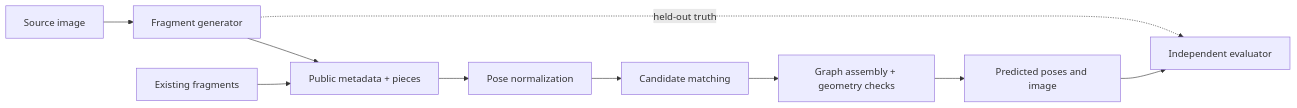
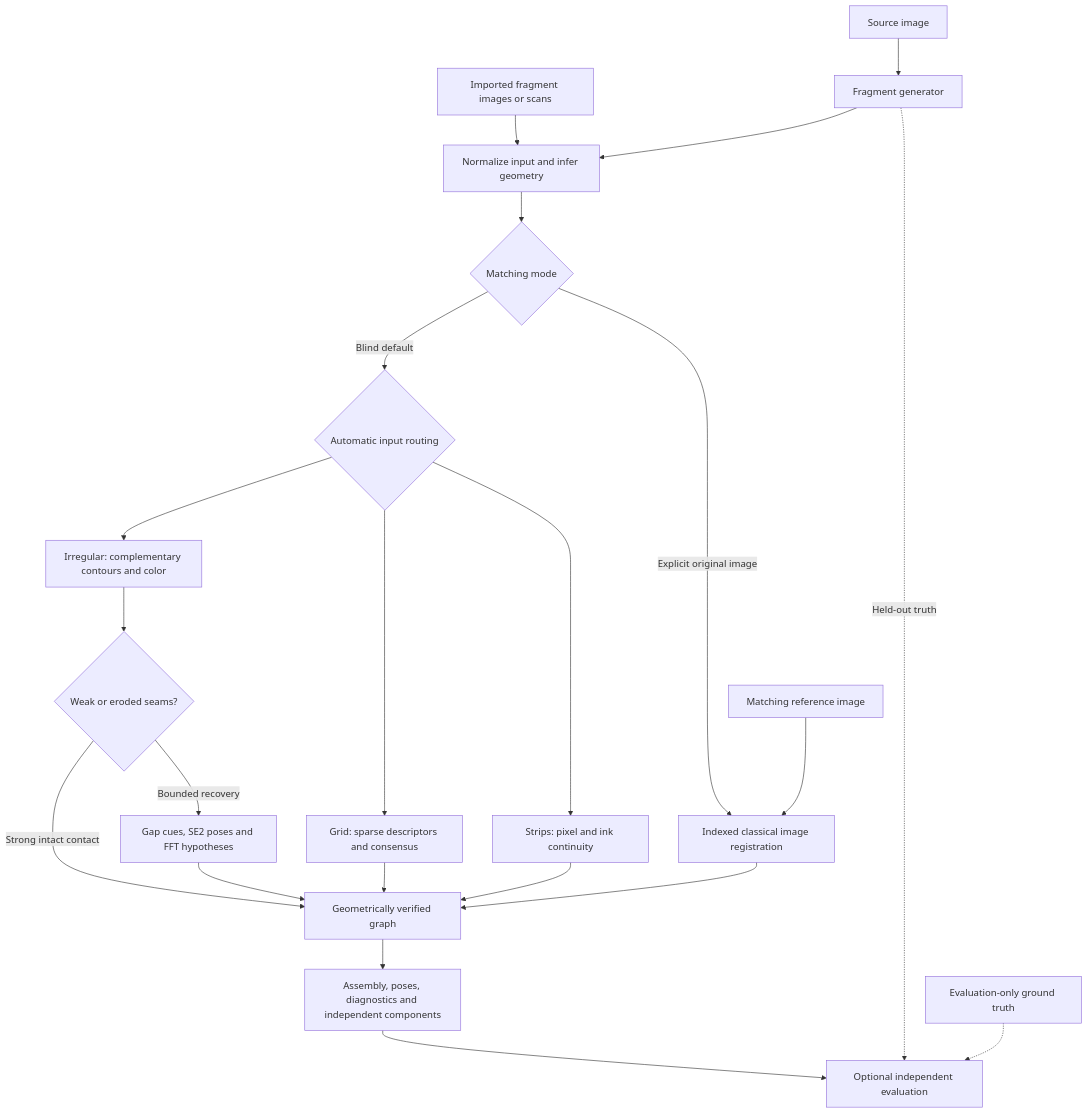
Before and after one commit to Daydreamer2812/Shardelix: the diagram in README.md, drawn with Mermaid. The commit also changed other lines of this file and 15 other files, not shown here.

````diff
--- a/README.md
+++ b/README.md
@@ -146,12 +75,24 @@
 ```mermaid
-flowchart LR
+flowchart TD
     A[Source image] --> B[Fragment generator]
-    C[Existing fragments] --> D[Public metadata + pieces]
+    C[Imported fragment images or scans] --> D[Normalize input and infer geometry]
     B --> D
-    B -. held-out truth .-> I[Independent evaluator]
-    D --> E[Pose normalization]
-    E --> F[Candidate matching]
-    F --> G[Graph assembly + geometry checks]
-    G --> H[Predicted poses and image]
-    H --> I
+    D --> R{Matching mode}
+    R -->|Blind default| S{Automatic input routing}
+    S --> G[Grid: sparse descriptors and consensus]
+    S --> T[Strips: pixel and ink continuity]
+    S --> I[Irregular: complementary contours and color]
+    I --> H{Weak or eroded seams?}
+    H -->|Strong intact contact| J[Geometrically verified graph]
+    H -->|Bounded recovery| K[Gap cues, SE2 poses and FFT hypotheses]
+    K --> J
+    G --> J
+    T --> J
+    R -->|Explicit original image| F[Indexed classical image registration]
+    F --> J
+    J --> O[Assembly, poses, diagnostics and independent components]
+    O --> E[Optional independent evaluation]
+    B -. Held-out truth .-> E
+    X[Evaluation-only ground truth] -.-> E
+    Y[Matching reference image] --> F
 ```
````
